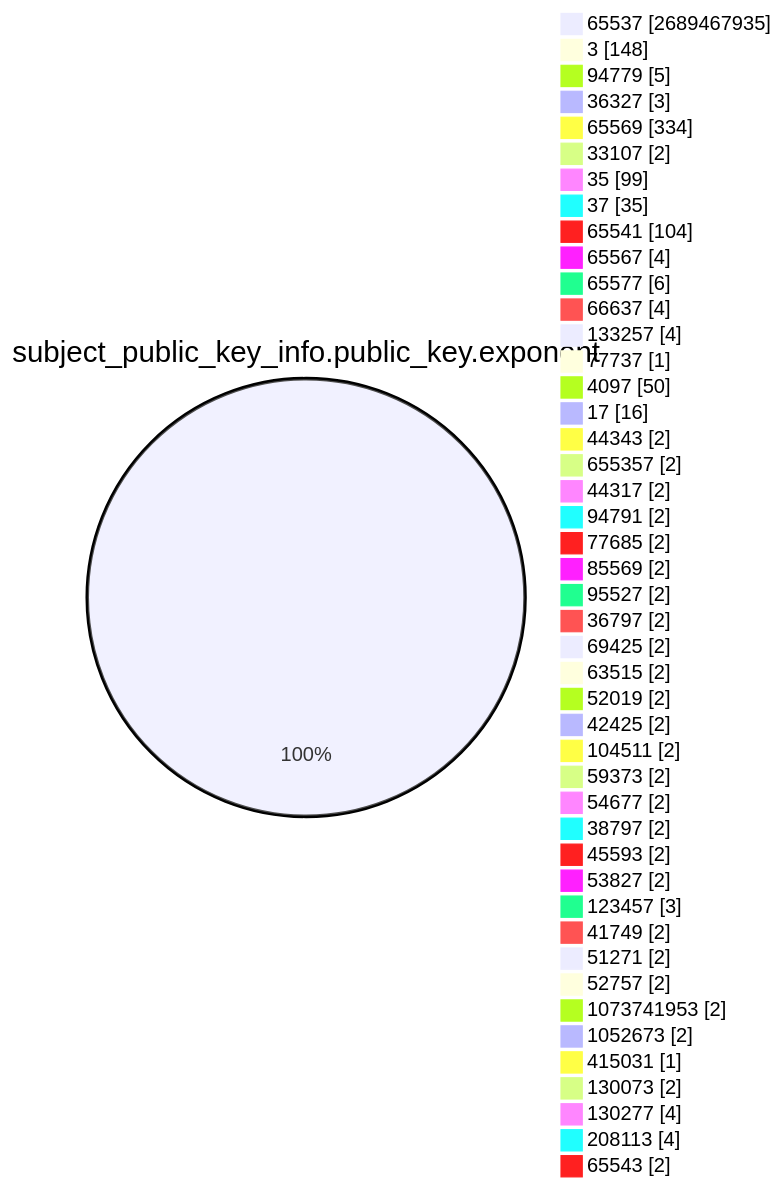
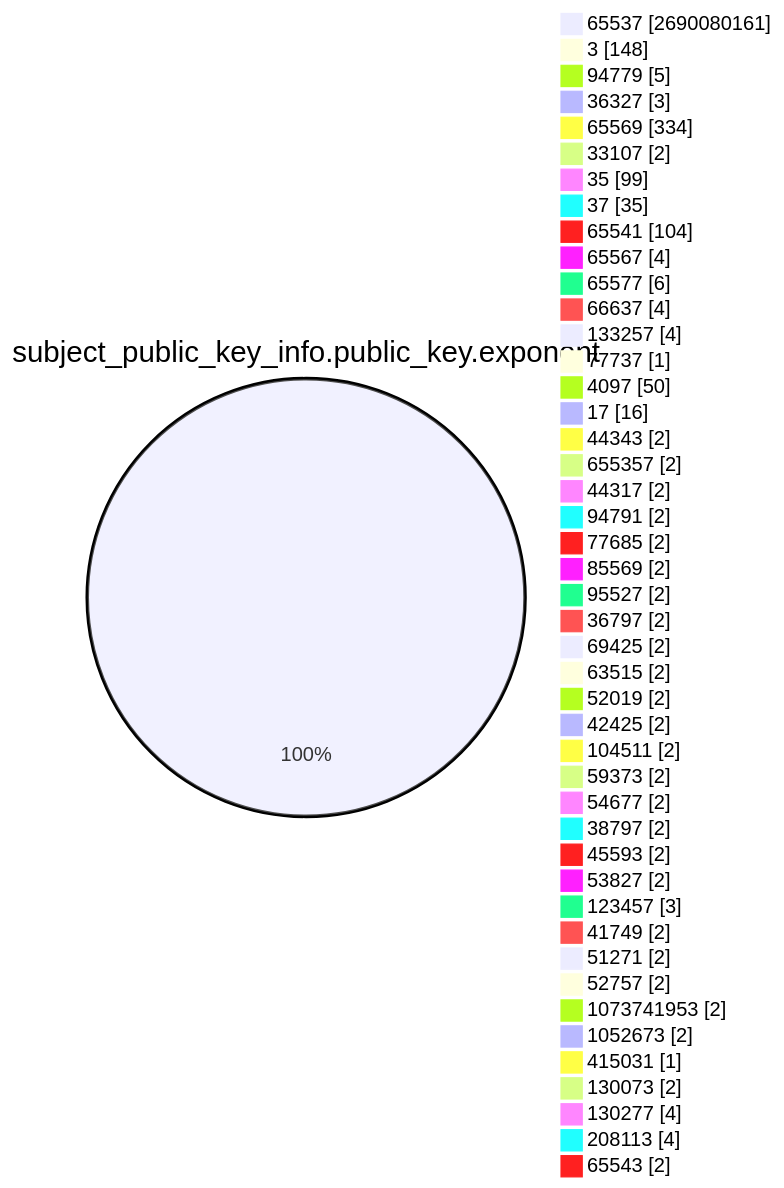
The fourth of 15 diagrams in TOTAL/README.md (christiankrug/ctmonitor_visualization), drawn with Mermaid before and after one commit. The commit also changed other lines of this file, not shown here.

````diff
--- a/TOTAL/README.md
+++ b/TOTAL/README.md
@@ -1466,49 +1466,49 @@
 ```mermaid
 pie showData
 title subject_public_key_info.public_key.exponent
-"65537" :2689467935
+"65537" :2690080161
 "3" :148
 "94779" :5
 "36327" :3
 "65569" :334
 "33107" :2
 "35" :99
 "37" :35
 "65541" :104
 "65567" :4
 "65577" :6
 "66637" :4
 "133257" :4
 "77737" :1
 "4097" :50
 "17" :16
 "44343" :2
 "655357" :2
 "44317" :2
 "94791" :2
 "77685" :2
 "85569" :2
 "95527" :2
 "36797" :2
 "69425" :2
 "63515" :2
 "52019" :2
 "42425" :2
 "104511" :2
 "59373" :2
 "54677" :2
 "38797" :2
 "45593" :2
 "53827" :2
 "123457" :3
 "41749" :2
 "51271" :2
 "52757" :2
 "1073741953" :2
 "1052673" :2
 "415031" :1
 "130073" :2
 "130277" :4
 "208113" :4
 "65543" :2
 ```
````
